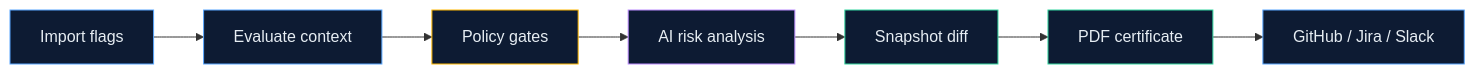
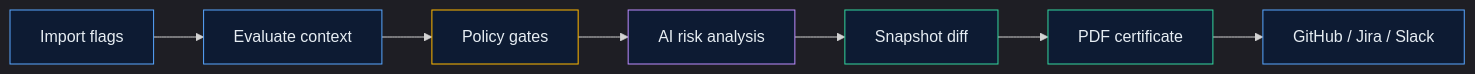
One commit to DaCameraGirl/Compass-Ultra changed the diagram in README.md. Above: the diagram before and after it, drawn with Mermaid. The commit also changed other lines of this file and 1 other file, not shown here.

Commit message:
docs: dark README section headers and dividers

````diff
--- a/README.md
+++ b/README.md
@@ -54,17 +57,18 @@
 ```mermaid
+%%{init: {'theme': 'dark'}}%%
 flowchart LR
   A[Import flags] --> B[Evaluate context]
   B --> C[Policy gates]
   C --> D[AI risk analysis]
   D --> E[Snapshot diff]
   E --> F[PDF certificate]
   F --> G[GitHub / Jira / Slack]
 
   style A fill:#0d1b33,stroke:#58a6ff,color:#e6edf3
   style B fill:#0d1b33,stroke:#58a6ff,color:#e6edf3
   style C fill:#0d1b33,stroke:#ffb800,color:#e6edf3
   style D fill:#0d1b33,stroke:#bc8cff,color:#e6edf3
   style E fill:#0d1b33,stroke:#33d69f,color:#e6edf3
   style F fill:#0d1b33,stroke:#33d69f,color:#e6edf3
   style G fill:#0d1b33,stroke:#58a6ff,color:#e6edf3
 ```
````
